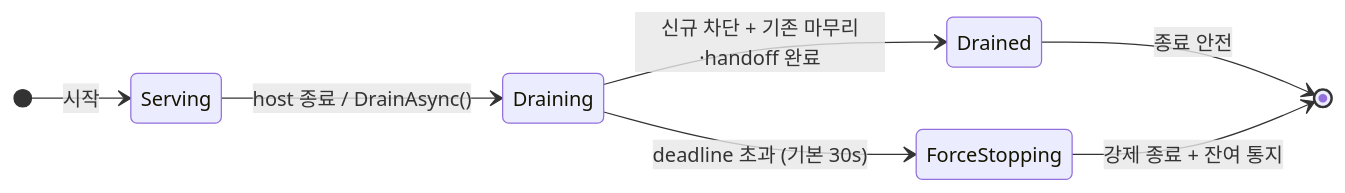
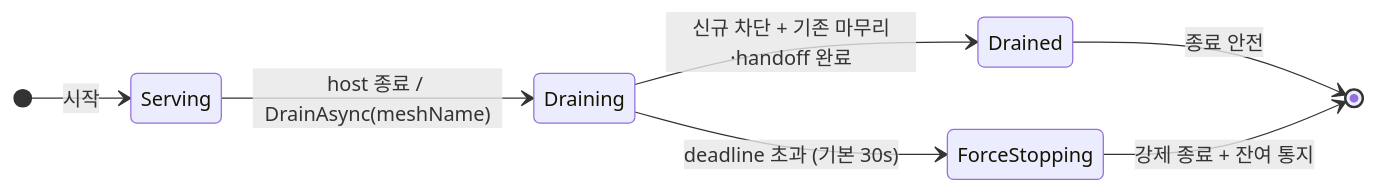
One commit to kairos-code-dev/zlink changed the diagram in framework/doc/framework/dotnet/guide/12-operations.ko.md. Above: the diagram before and after it, drawn with Mermaid. The commit also changed other lines of this file and 2385 other files, not shown here.

````diff
--- a/framework/doc/framework/dotnet/guide/12-operations.ko.md
+++ b/framework/doc/framework/dotnet/guide/12-operations.ko.md
@@ -87,10 +116,10 @@
 ```mermaid
 stateDiagram-v2
     direction LR
     [*] --> Serving: 시작
-    Serving --> Draining: host 종료 / DrainAsync()
+    Serving --> Draining: host 종료 / DrainAsync(meshName)
     Draining --> Drained: 신규 차단 + 기존 마무리·handoff 완료
     Draining --> ForceStopping: deadline 초과 (기본 30s)
     Drained --> [*]: 종료 안전
     ForceStopping --> [*]: 강제 종료 + 잔여 통지
 ```
````
